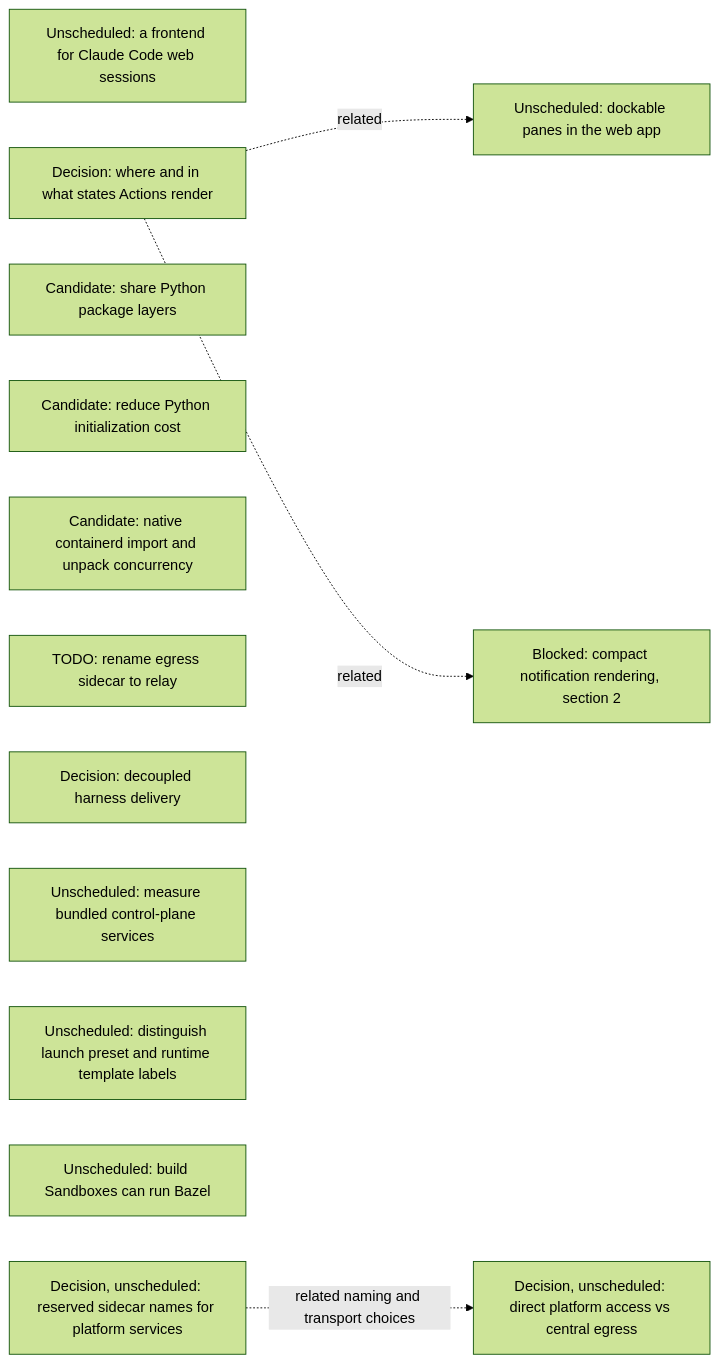
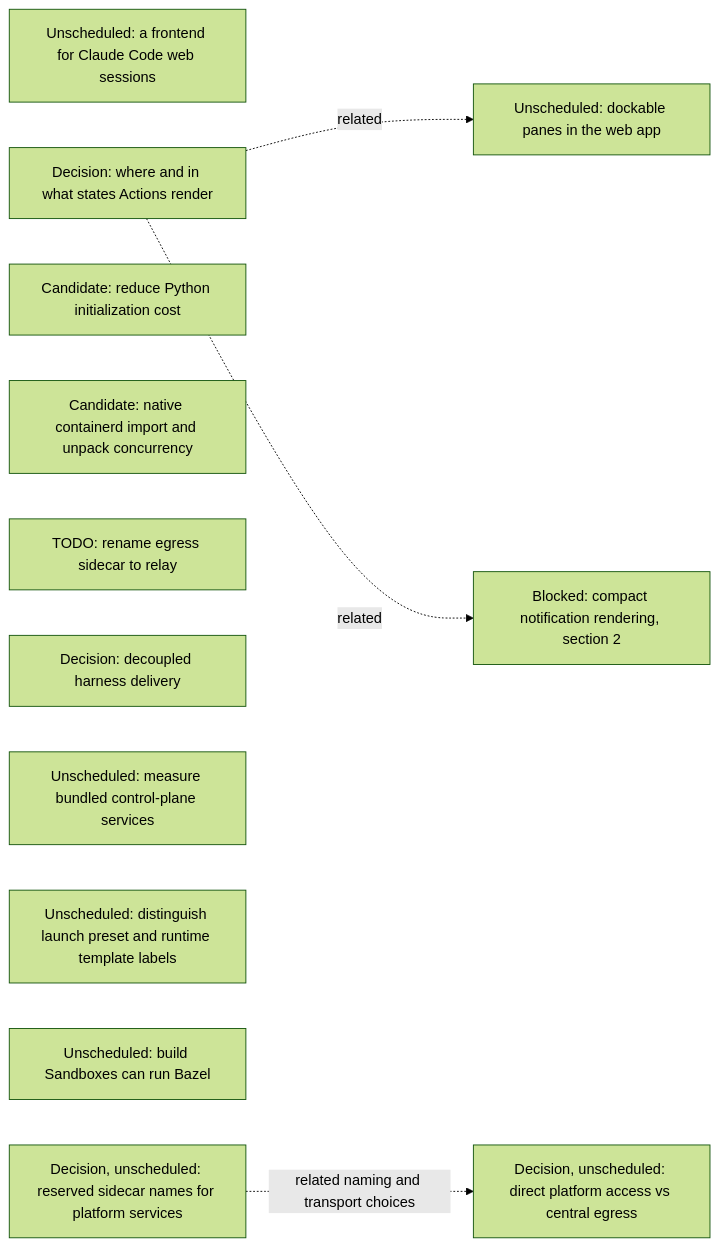
One commit to agentydragon-agent/ducktape changed the seventh of 16 diagrams in agentplane/plans/task_dag.md. Above: the diagram before and after it, drawn with Mermaid (forest theme). The commit also changed other lines of this file and 1 other file, not shown here.

First line of the commit message:
DAG: drop the shared Python package layers experiment (#10935)

````diff
--- a/agentplane/plans/task_dag.md
+++ b/agentplane/plans/task_dag.md
@@ -796,20 +796,19 @@
 ```mermaid
 flowchart LR
     CLAUDE_CODE_WEB_BRIDGE[Unscheduled: a frontend for Claude Code web sessions]
     ACTION_SURFACES_DESIGN[Decision: where and in what states Actions render]
-    K3S_SHARED_PACKAGE_LAYERS[Candidate: share Python package layers]
     K3S_PYTHON_INITIALIZATION[Candidate: reduce Python initialization cost]
     K3S_IMPORT_CONCURRENCY[Candidate: native containerd import and unpack concurrency]
     EGRESS_RELAY_RENAME[TODO: rename egress sidecar to relay]
     RUNNER_HARNESS_DELIVERY_DESIGN[Decision: decoupled harness delivery]
     K3S_BUNDLED_SERVICES_SPIKE[Unscheduled: measure bundled control-plane services]
     DOCKABLE_PANES[Unscheduled: dockable panes in the web app]
     ACTION_SURFACES_DESIGN -. related .-> DOCKABLE_PANES
     NOTIFICATION_PRESENTATION[Blocked: compact notification rendering, section 2]
     ACTION_SURFACES_DESIGN -. related .-> NOTIFICATION_PRESENTATION
     SANDBOX_FORM_TERMINOLOGY[Unscheduled: distinguish launch preset and runtime template labels]
     BUILD_BOX_BAZEL[Unscheduled: build Sandboxes can run Bazel]
     PLATFORM_SERVICE_NAMES_DESIGN[Decision, unscheduled: reserved sidecar names for platform services]
     PLATFORM_SERVICE_ROUTING_DESIGN[Decision, unscheduled: direct platform access vs central egress]
     PLATFORM_SERVICE_NAMES_DESIGN -. related naming and transport choices .-> PLATFORM_SERVICE_ROUTING_DESIGN
 ```
````
